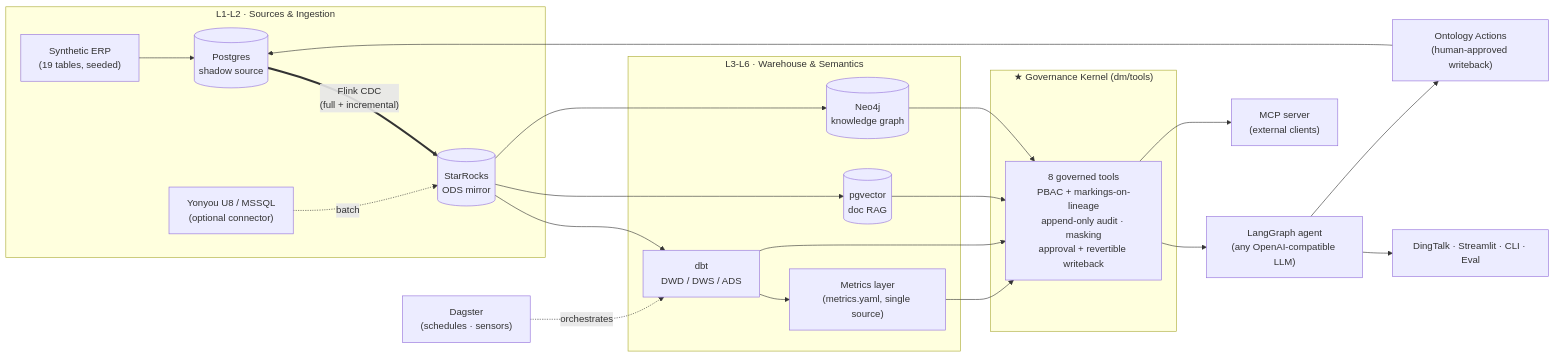
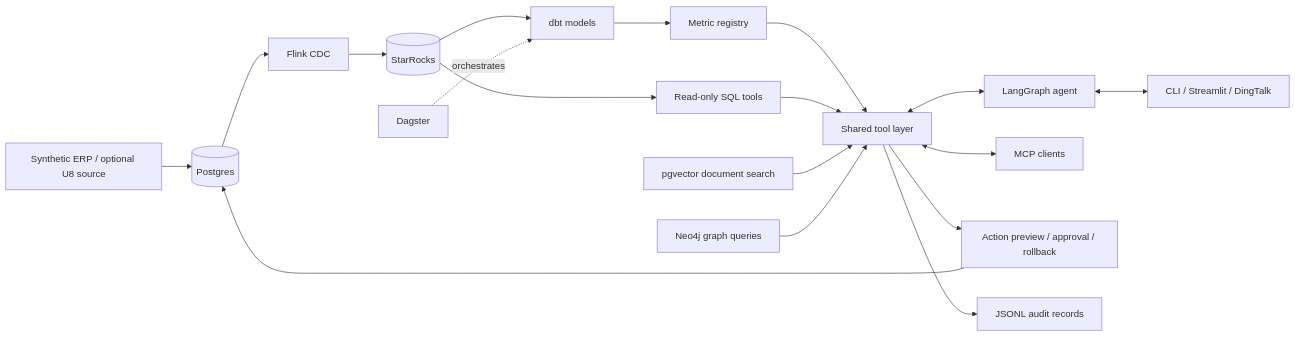
The diagram in README.md (Leonxu6/datasteward), drawn with Mermaid before and after one commit. The commit also changed other lines of this file and 1 other file, not shown here.

Commit message:
docs: clarify product workflow and governance boundaries

````diff
--- a/README.md
+++ b/README.md
@@ -27,27 +33,17 @@
 ```mermaid
 flowchart LR
-    subgraph sources ["L1-L2 · Sources & Ingestion"]
-        SYN["Synthetic ERP<br/>(19 tables, seeded)"] --> PG[("Postgres<br/>shadow source")]
-        U8["Yonyou U8 / MSSQL<br/>(optional connector)"] -.batch.-> SR
-        PG =="Flink CDC<br/>(full + incremental)"==> SR
-    end
-    subgraph warehouse ["L3-L6 · Warehouse & Semantics"]
-        SR[("StarRocks<br/>ODS mirror")] --> DBT["dbt<br/>DWD / DWS / ADS"]
-        DBT --> MET["Metrics layer<br/>(metrics.yaml, single source)"]
-        SR --> VEC[("pgvector<br/>doc RAG")]
-        SR --> KG[("Neo4j<br/>knowledge graph")]
-    end
-    subgraph kernel ["★ Governance Kernel (dm/tools)"]
-        GOV["8 governed tools<br/>PBAC + markings-on-lineage<br/>append-only audit · masking<br/>approval + revertible writeback"]
-    end
-    MET --> GOV
-    VEC --> GOV
-    KG --> GOV
-    DBT --> GOV
-    GOV --> AGENT["LangGraph agent<br/>(any OpenAI-compatible LLM)"]
-    GOV --> MCP["MCP server<br/>(external clients)"]
-    AGENT --> CH["DingTalk · Streamlit · CLI · Eval"]
-    WB["Ontology Actions<br/>(human-approved writeback)"] --> PG
-    AGENT --> WB
-    DAG["Dagster<br/>(schedules · sensors)"] -.orchestrates.-> DBT
+    ERP["Synthetic ERP / optional U8 source"] --> PG[(Postgres)]
+    PG --> CDC["Flink CDC"] --> SR[(StarRocks)]
+    SR --> DBT["dbt models"] --> MET["Metric registry"]
+    SR --> SQL["Read-only SQL tools"]
+    MET --> K["Shared tool layer"]
+    SQL --> K
+    RAG["pgvector document search"] --> K
+    KG["Neo4j graph queries"] --> K
+    K <--> AGENT["LangGraph agent"]
+    K <--> MCP["MCP clients"]
+    AGENT <--> UI["CLI / Streamlit / DingTalk"]
+    K --> ACT["Action preview / approval / rollback"] --> PG
+    K --> AUDIT["JSONL audit records"]
+    DAG["Dagster"] -. orchestrates .-> DBT
 ```
````
